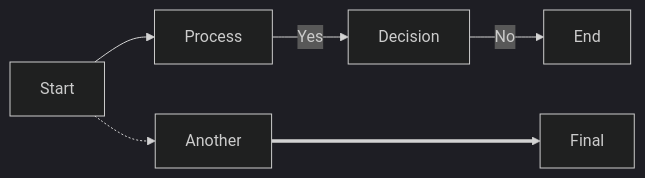
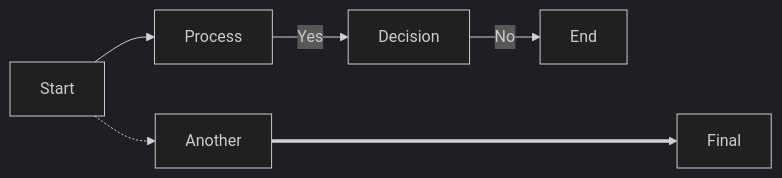
The eighth of 10 diagrams in mermaid.md (micahhlc/info-general), drawn with Mermaid (dark theme) before and after one commit. The commit also changed other lines of this file and 4 other files, not shown here.

Commit message:
update mermaid and markdown files

````diff
--- a/mermaid.md
+++ b/mermaid.md
@@ -185,9 +188,9 @@
 ```mermaid
 graph LR
     Start --> Process
     Process -- "Yes" --> Decision
     Decision -- "No" --> End
     Start -.-> Another
-    Another ===> Final
+    Another ====> Final
 
 ```
````
